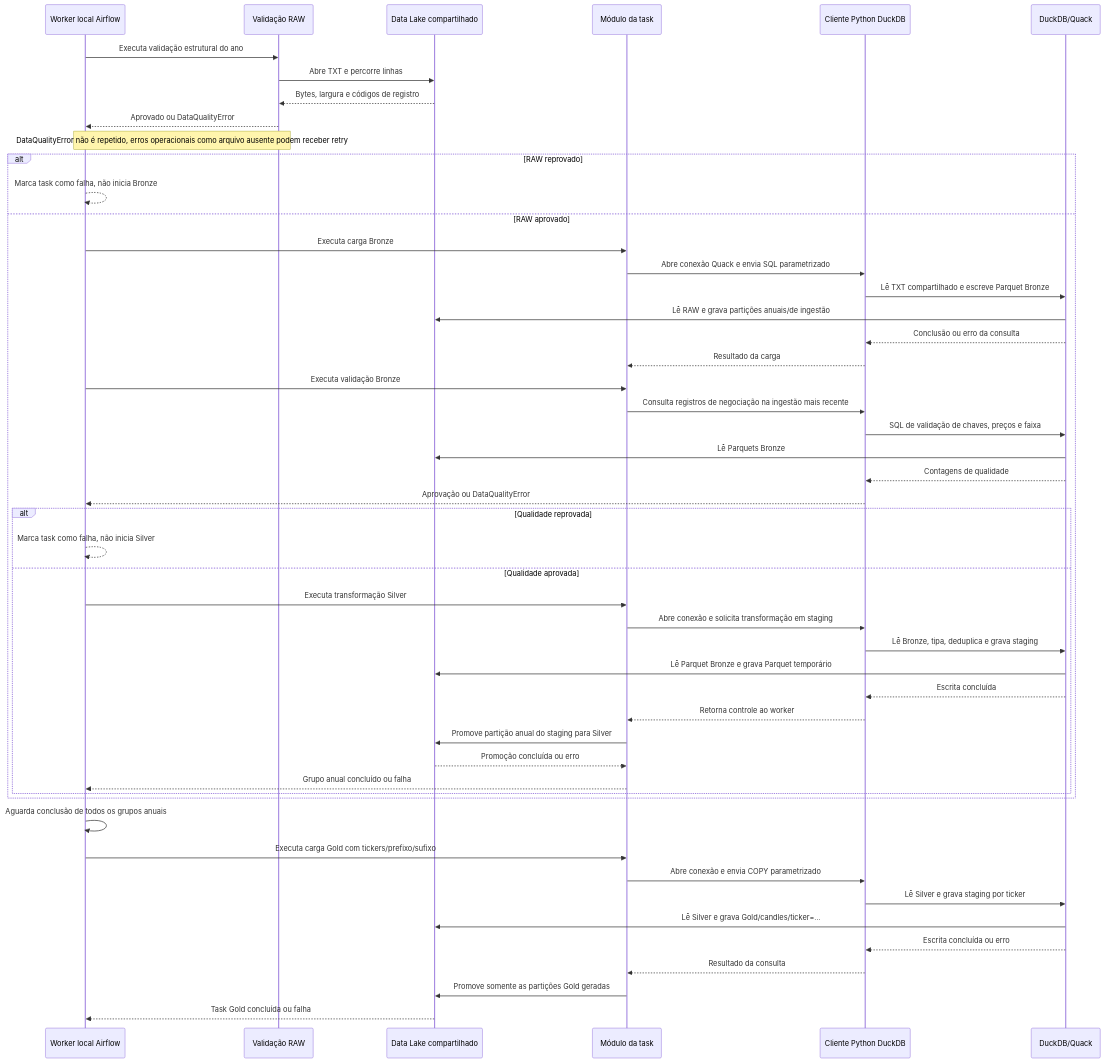
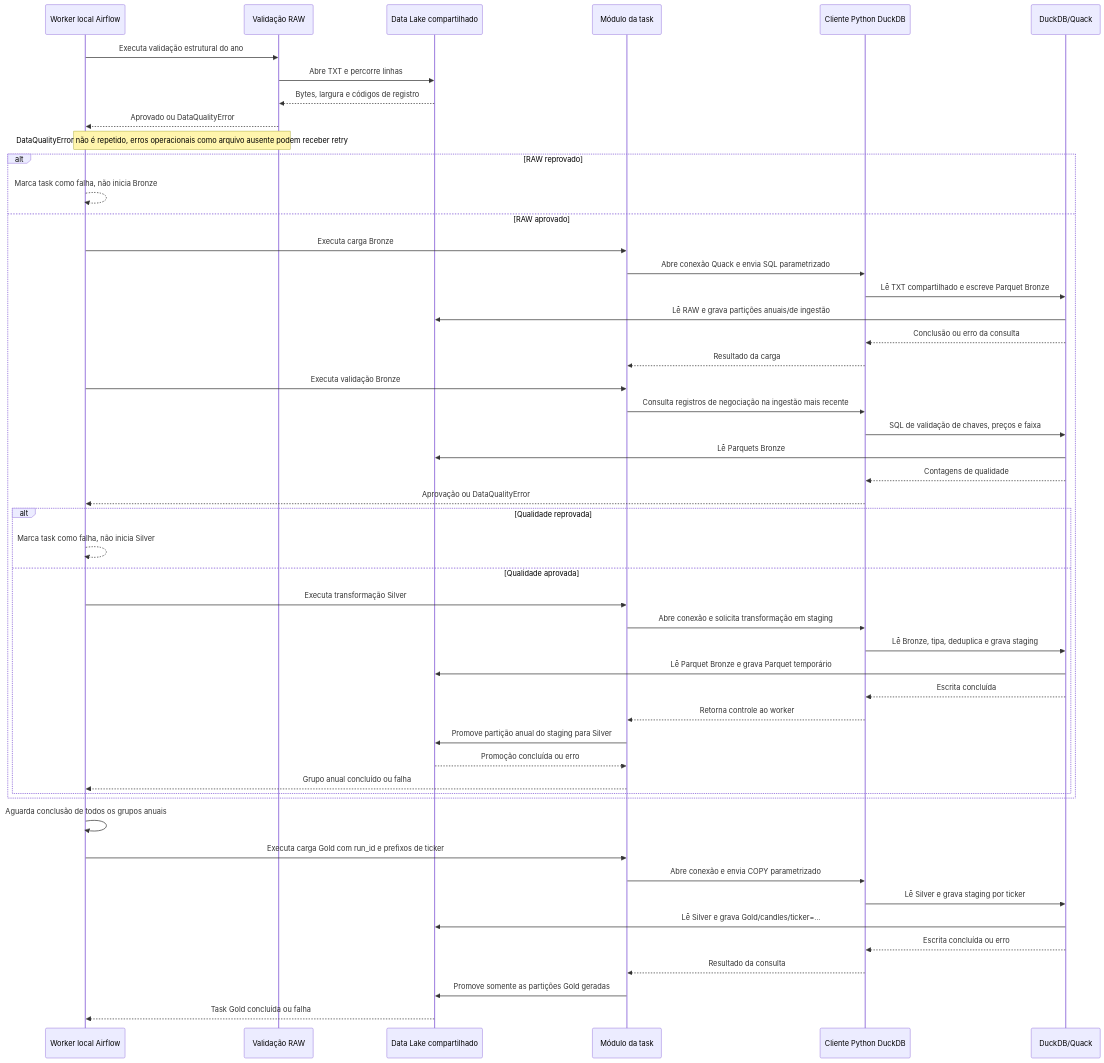
One commit to BiellBatista/Python.DataEngineering changed the second of 2 diagrams in B3-Pipelines/docs/historical-series/diagrama-sequencia.md. Above: the diagram before and after it, drawn with Mermaid. The commit also changed 18 other files, not shown here.

````diff
--- a/B3-Pipelines/docs/historical-series/diagrama-sequencia.md
+++ b/B3-Pipelines/docs/historical-series/diagrama-sequencia.md
@@ -37,53 +37,53 @@
 ```mermaid
 sequenceDiagram
     participant Worker as Worker local Airflow
     participant RawCheck as Validação RAW
     participant Lake as Data Lake compartilhado
     participant Loader as Módulo da task
     participant Client as Cliente Python DuckDB
     participant Quack as DuckDB/Quack
 
     Worker->>RawCheck: Executa validação estrutural do ano
     RawCheck->>Lake: Abre TXT e percorre linhas
     Lake-->>RawCheck: Bytes, largura e códigos de registro
     RawCheck-->>Worker: Aprovado ou DataQualityError
     Note over Worker,RawCheck: DataQualityError não é repetido, erros operacionais como arquivo ausente podem receber retry
     alt RAW reprovado
         Worker-->>Worker: Marca task como falha, não inicia Bronze
     else RAW aprovado
         Worker->>Loader: Executa carga Bronze
         Loader->>Client: Abre conexão Quack e envia SQL parametrizado
         Client->>Quack: Lê TXT compartilhado e escreve Parquet Bronze
         Quack->>Lake: Lê RAW e grava partições anuais/de ingestão
         Quack-->>Client: Conclusão ou erro da consulta
         Client-->>Loader: Resultado da carga
         Worker->>Loader: Executa validação Bronze
         Loader->>Client: Consulta registros de negociação na ingestão mais recente
         Client->>Quack: SQL de validação de chaves, preços e faixa
         Quack->>Lake: Lê Parquets Bronze
         Quack-->>Client: Contagens de qualidade
         Client-->>Worker: Aprovação ou DataQualityError
         alt Qualidade reprovada
             Worker-->>Worker: Marca task como falha, não inicia Silver
         else Qualidade aprovada
             Worker->>Loader: Executa transformação Silver
             Loader->>Client: Abre conexão e solicita transformação em staging
             Client->>Quack: Lê Bronze, tipa, deduplica e grava staging
             Quack->>Lake: Lê Parquet Bronze e grava Parquet temporário
             Quack-->>Client: Escrita concluída
             Client-->>Loader: Retorna controle ao worker
             Loader->>Lake: Promove partição anual do staging para Silver
             Lake-->>Loader: Promoção concluída ou erro
             Loader-->>Worker: Grupo anual concluído ou falha
         end
     end
     Worker->>Worker: Aguarda conclusão de todos os grupos anuais
-    Worker->>Loader: Executa carga Gold com tickers/prefixo/sufixo
+    Worker->>Loader: Executa carga Gold com run_id e prefixos de ticker
     Loader->>Client: Abre conexão e envia COPY parametrizado
     Client->>Quack: Lê Silver e grava staging por ticker
     Quack->>Lake: Lê Silver e grava Gold/candles/ticker=...
     Quack-->>Client: Escrita concluída ou erro
     Client-->>Loader: Resultado da consulta
     Loader->>Lake: Promove somente as partições Gold geradas
     Lake-->>Worker: Task Gold concluída ou falha
 ```
````
